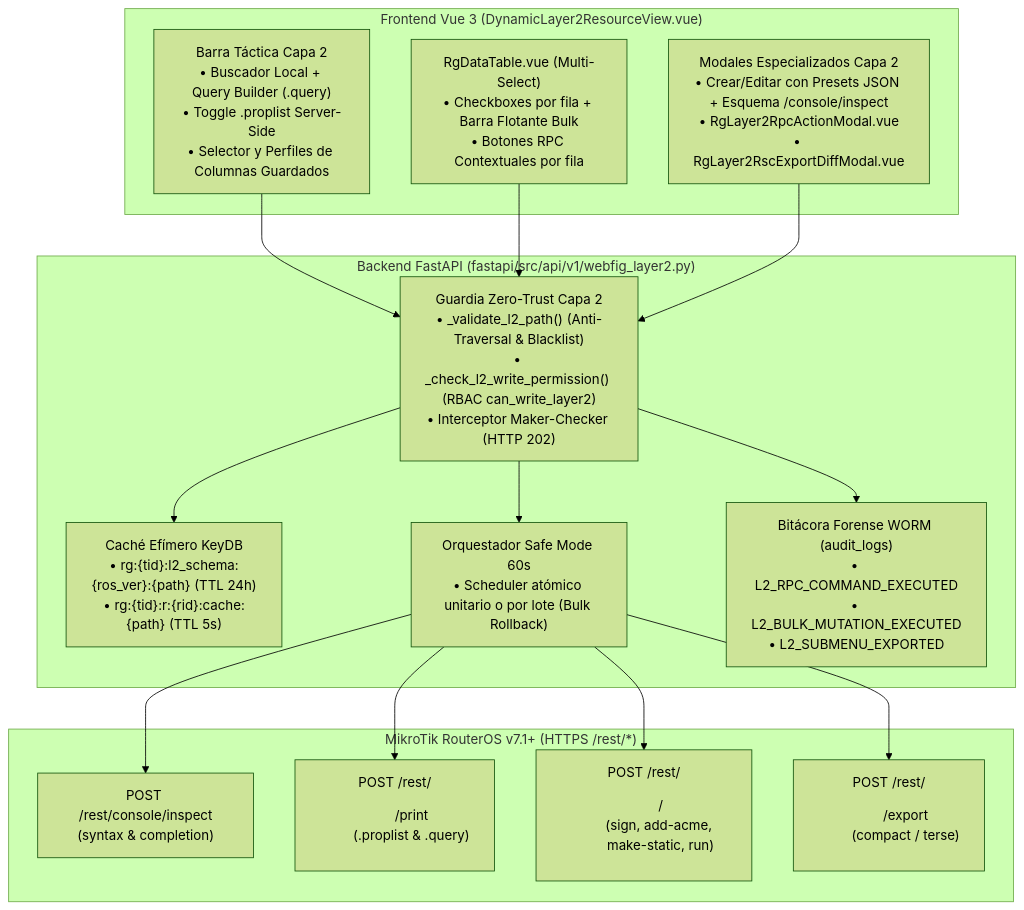
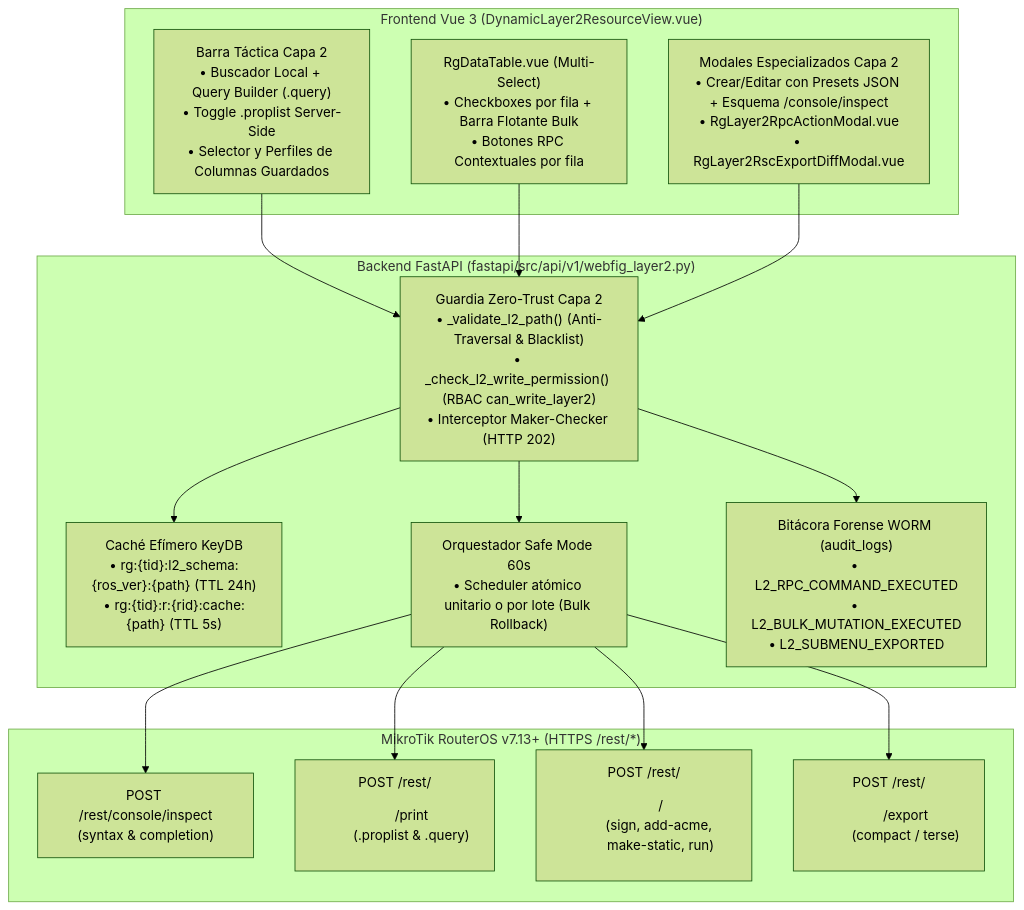
The first of 2 diagrams in docs/specs/54_WEBFIG_L2_UNIVERSAL_ENGINE_NEXTGEN_RPC_INSPECT_QUERY_BULK_AND_PROFILES.md (tecno-consultores/RoSGrid), drawn with Mermaid (forest theme) before and after one commit. The commit also changed other lines of this file and 16 other files, not shown here.

````diff
--- a/docs/specs/54_WEBFIG_L2_UNIVERSAL_ENGINE_NEXTGEN_RPC_INSPECT_QUERY_BULK_AND_PROFILES.md
+++ b/docs/specs/54_WEBFIG_L2_UNIVERSAL_ENGINE_NEXTGEN_RPC_INSPECT_QUERY_BULK_AND_PROFILES.md
@@ -25,33 +25,33 @@
 ```mermaid
 flowchart TB
     subgraph "Frontend Vue 3 (DynamicLayer2ResourceView.vue)"
         Toolbar["Barra Táctica Capa 2<br>• Buscador Local + Query Builder (.query)<br>• Toggle .proplist Server-Side<br>• Selector y Perfiles de Columnas Guardados"]
         DataTable["RgDataTable.vue (Multi-Select)<br>• Checkboxes por fila + Barra Flotante Bulk<br>• Botones RPC Contextuales por fila"]
         Modals["Modales Especializados Capa 2<br>• Crear/Editar con Presets JSON + Esquema /console/inspect<br>• RgLayer2RpcActionModal.vue<br>• RgLayer2RscExportDiffModal.vue"]
     end
 
     subgraph "Backend FastAPI (fastapi/src/api/v1/webfig_layer2.py)"
         Guard["Guardia Zero-Trust Capa 2<br>• _validate_l2_path() (Anti-Traversal & Blacklist)<br>• _check_l2_write_permission() (RBAC can_write_layer2)<br>• Interceptor Maker-Checker (HTTP 202)"]
         KeyDBCache["Caché Efímero KeyDB<br>• rg:{tid}:l2_schema:{ros_ver}:{path} (TTL 24h)<br>• rg:{tid}:r:{rid}:cache:{path} (TTL 5s)"]
         SafeMode["Orquestador Safe Mode 60s<br>• Scheduler atómico unitario o por lote (Bulk Rollback)"]
         WormAudit["Bitácora Forense WORM (audit_logs)<br>• L2_RPC_COMMAND_EXECUTED<br>• L2_BULK_MUTATION_EXECUTED<br>• L2_SUBMENU_EXPORTED"]
     end
 
-    subgraph "MikroTik RouterOS v7.1+ (HTTPS /rest/*)"
+    subgraph "MikroTik RouterOS v7.13+ (HTTPS /rest/*)"
         RosInspect["POST /rest/console/inspect<br>(syntax & completion)"]
         RosPrint["POST /rest/<menu>/print<br>(.proplist & .query)"]
         RosRpc["POST /rest/<menu>/<acción><br>(sign, add-acme, make-static, run)"]
         RosExport["POST /rest/<menu>/export<br>(compact / terse)"]
     end
 
     Toolbar --> Guard
     DataTable --> Guard
     Modals --> Guard
     Guard --> KeyDBCache
     Guard --> SafeMode
     SafeMode --> RosInspect
     SafeMode --> RosPrint
     SafeMode --> RosRpc
     SafeMode --> RosExport
     Guard --> WormAudit
 ```
````
